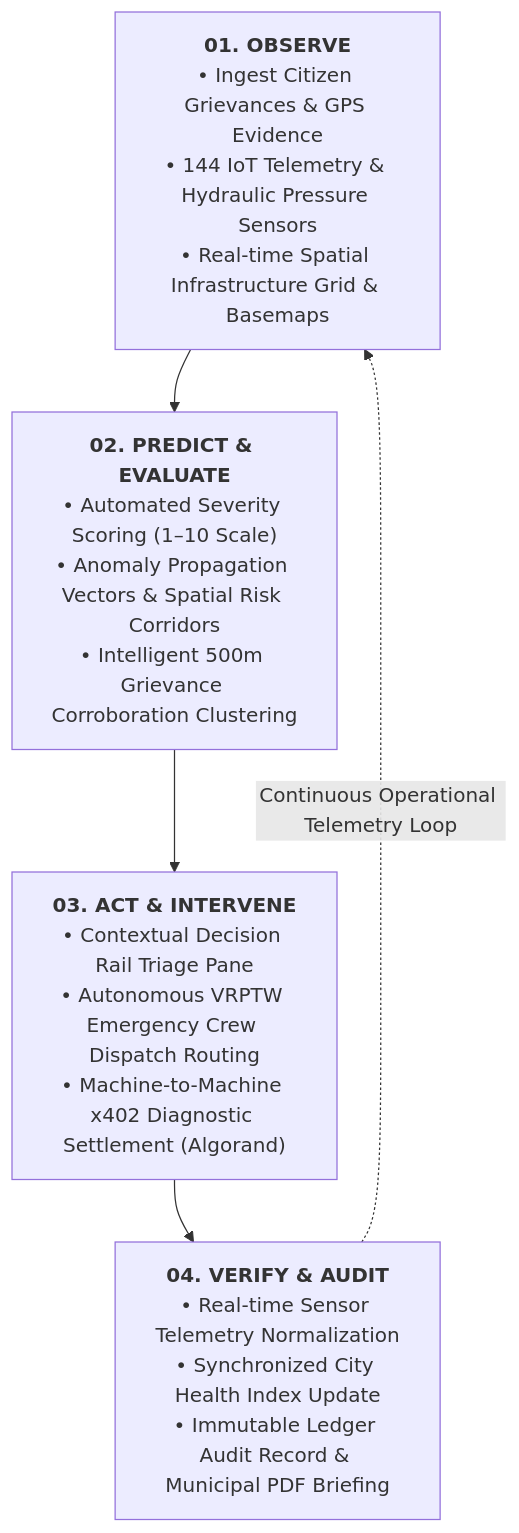
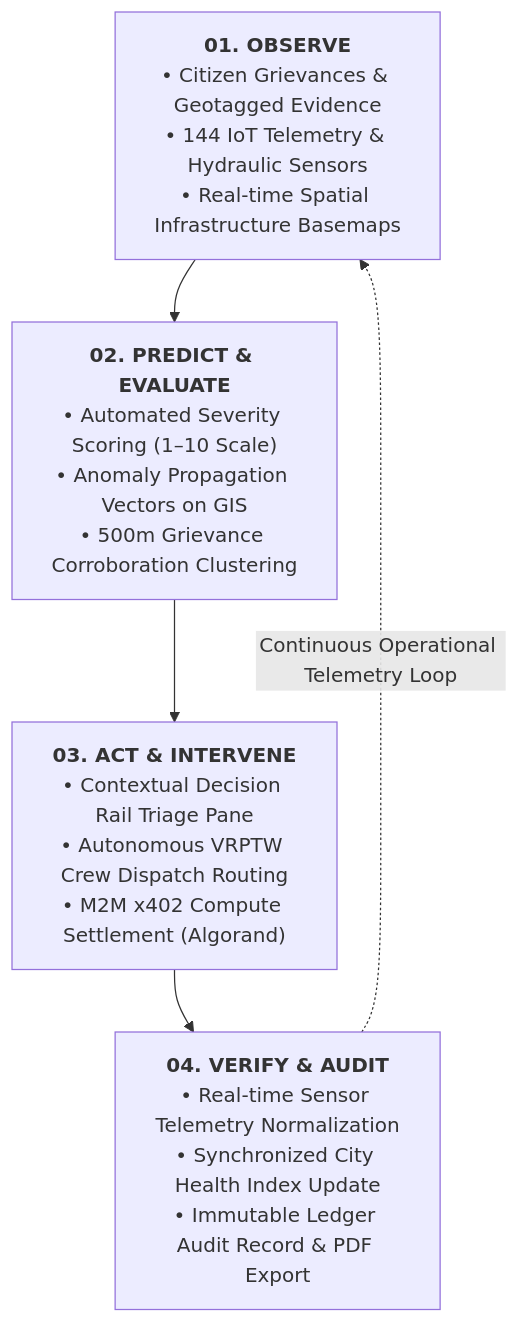
Before and after one commit to SIDDHARTHXMEUR/CIVICTWIN: the second of 5 diagrams in README.md, drawn with Mermaid. The commit also changed other lines of this file and 16 other files, not shown here.

Commit message:
feat: Algorand x402 M2M compute settlement, Intelligence dossier overhaul, Decision Rail legibility, and Indian currency system support

````diff
--- a/README.md
+++ b/README.md
@@ -177,12 +230,12 @@
 ```mermaid
 flowchart TD
-    O["<b>01. OBSERVE</b><br/>• Ingest Citizen Grievances & GPS Evidence<br/>• 144 IoT Telemetry & Hydraulic Pressure Sensors<br/>• Real-time Spatial Infrastructure Grid & Basemaps"]
-    P["<b>02. PREDICT & EVALUATE</b><br/>• Automated Severity Scoring (1–10 Scale)<br/>• Anomaly Propagation Vectors & Spatial Risk Corridors<br/>• Intelligent 500m Grievance Corroboration Clustering"]
-    A["<b>03. ACT & INTERVENE</b><br/>• Contextual Decision Rail Triage Pane<br/>• Autonomous VRPTW Emergency Crew Dispatch Routing<br/>• Machine-to-Machine x402 Diagnostic Settlement (Algorand)"]
-    V["<b>04. VERIFY & AUDIT</b><br/>• Real-time Sensor Telemetry Normalization<br/>• Synchronized City Health Index Update<br/>• Immutable Ledger Audit Record & Municipal PDF Briefing"]
+    O["<b>01. OBSERVE</b><br/>• Citizen Grievances & Geotagged Evidence<br/>• 144 IoT Telemetry & Hydraulic Sensors<br/>• Real-time Spatial Infrastructure Basemaps"]
+    P["<b>02. PREDICT & EVALUATE</b><br/>• Automated Severity Scoring (1–10 Scale)<br/>• Anomaly Propagation Vectors on GIS<br/>• 500m Grievance Corroboration Clustering"]
+    A["<b>03. ACT & INTERVENE</b><br/>• Contextual Decision Rail Triage Pane<br/>• Autonomous VRPTW Crew Dispatch Routing<br/>• M2M x402 Compute Settlement (Algorand)"]
+    V["<b>04. VERIFY & AUDIT</b><br/>• Real-time Sensor Telemetry Normalization<br/>• Synchronized City Health Index Update<br/>• Immutable Ledger Audit Record & PDF Export"]
 
     O --> P
     P --> A
     A --> V
     V -.->|Continuous Operational Telemetry Loop| O
 ```
````
